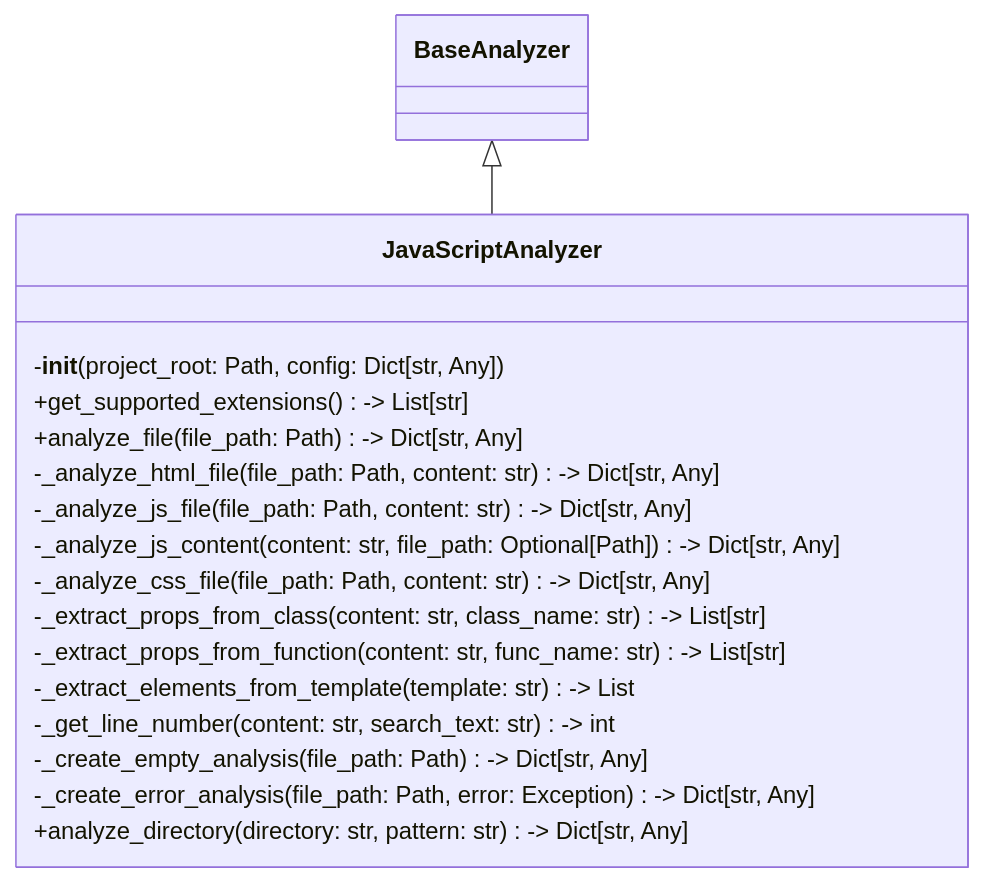
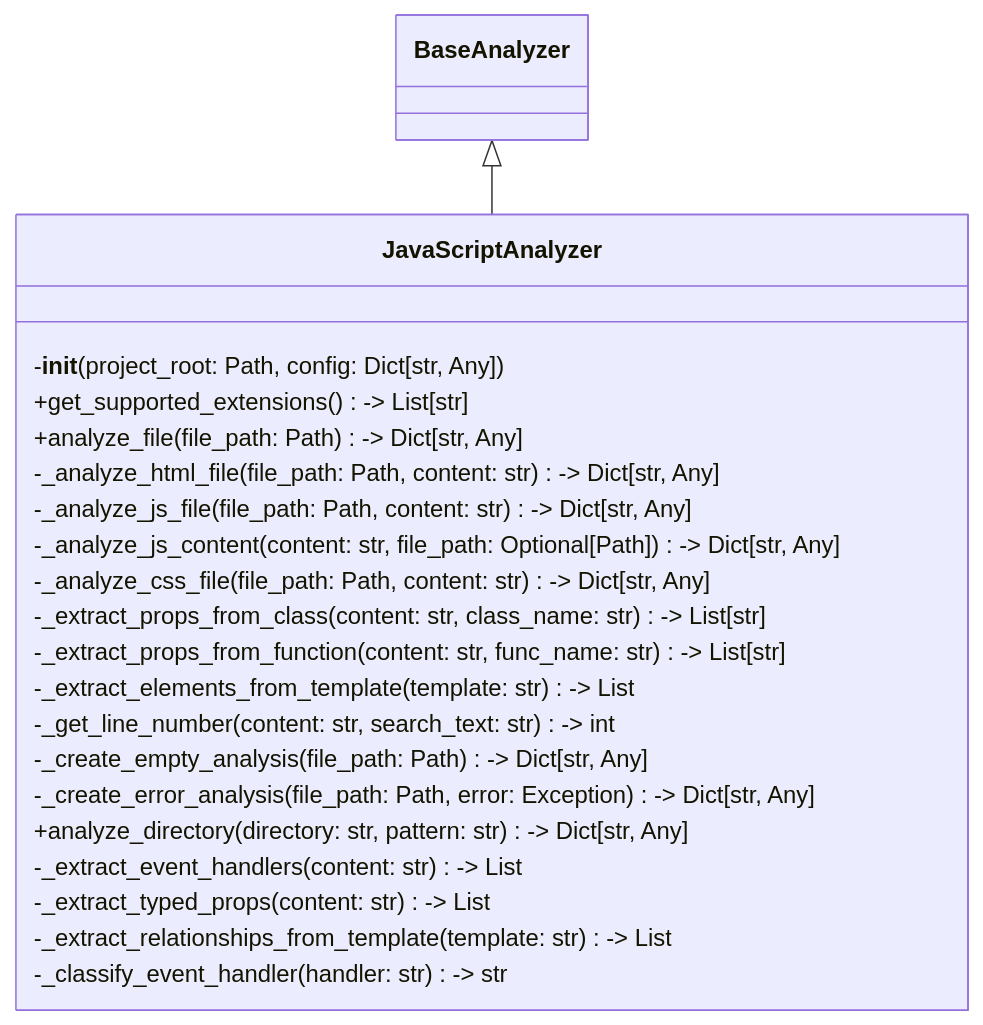
Before and after one commit to Brunvelop/autocode: the diagram in design/autocode/core/design/analyzers/javascript_analyzer_class.md, drawn with Mermaid. The commit also changed other lines of this file and 11 other files, not shown here.

First line of the commit message:
feat: add Code-to-Design system with diagram generation

````diff
--- a/design/autocode/core/design/analyzers/javascript_analyzer_class.md
+++ b/design/autocode/core/design/analyzers/javascript_analyzer_class.md
@@ -9,21 +9,25 @@
 ```mermaid
 classDiagram
     class JavaScriptAnalyzer {
         -__init__(project_root: Path, config: Dict[str, Any])
         +get_supported_extensions() -> List[str]
         +analyze_file(file_path: Path) -> Dict[str, Any]
         -_analyze_html_file(file_path: Path, content: str) -> Dict[str, Any]
         -_analyze_js_file(file_path: Path, content: str) -> Dict[str, Any]
         -_analyze_js_content(content: str, file_path: Optional[Path]) -> Dict[str, Any]
         -_analyze_css_file(file_path: Path, content: str) -> Dict[str, Any]
         -_extract_props_from_class(content: str, class_name: str) -> List[str]
         -_extract_props_from_function(content: str, func_name: str) -> List[str]
         -_extract_elements_from_template(template: str) -> List
         -_get_line_number(content: str, search_text: str) -> int
         -_create_empty_analysis(file_path: Path) -> Dict[str, Any]
         -_create_error_analysis(file_path: Path, error: Exception) -> Dict[str, Any]
         +analyze_directory(directory: str, pattern: str) -> Dict[str, Any]
+        -_extract_event_handlers(content: str) -> List
+        -_extract_typed_props(content: str) -> List
+        -_extract_relationships_from_template(template: str) -> List
+        -_classify_event_handler(handler: str) -> str
     }
     BaseAnalyzer <|-- JavaScriptAnalyzer
 
 ```
````
